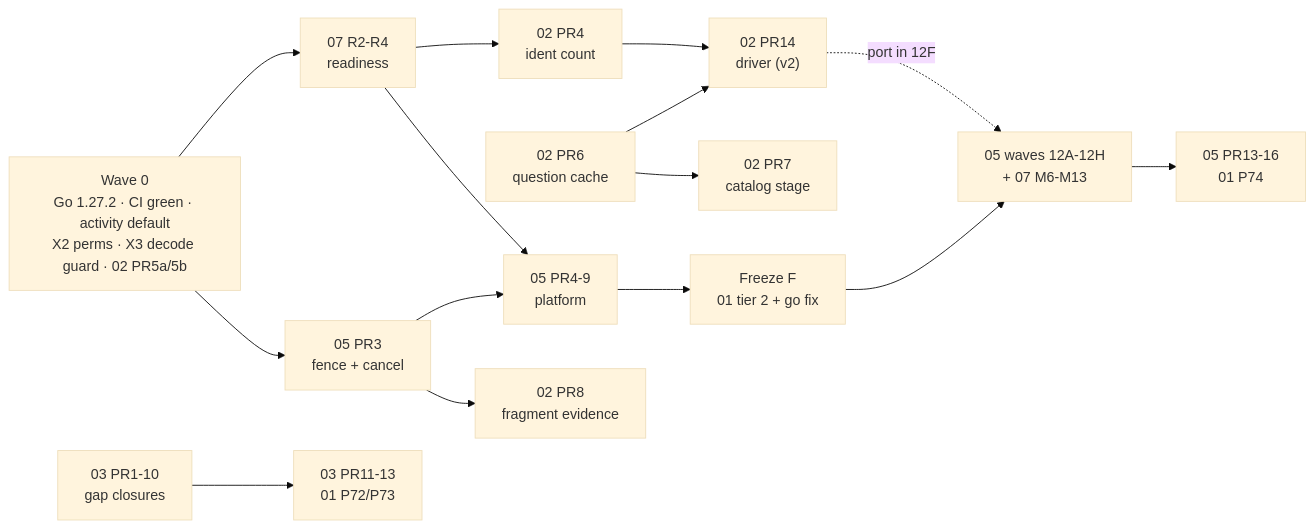
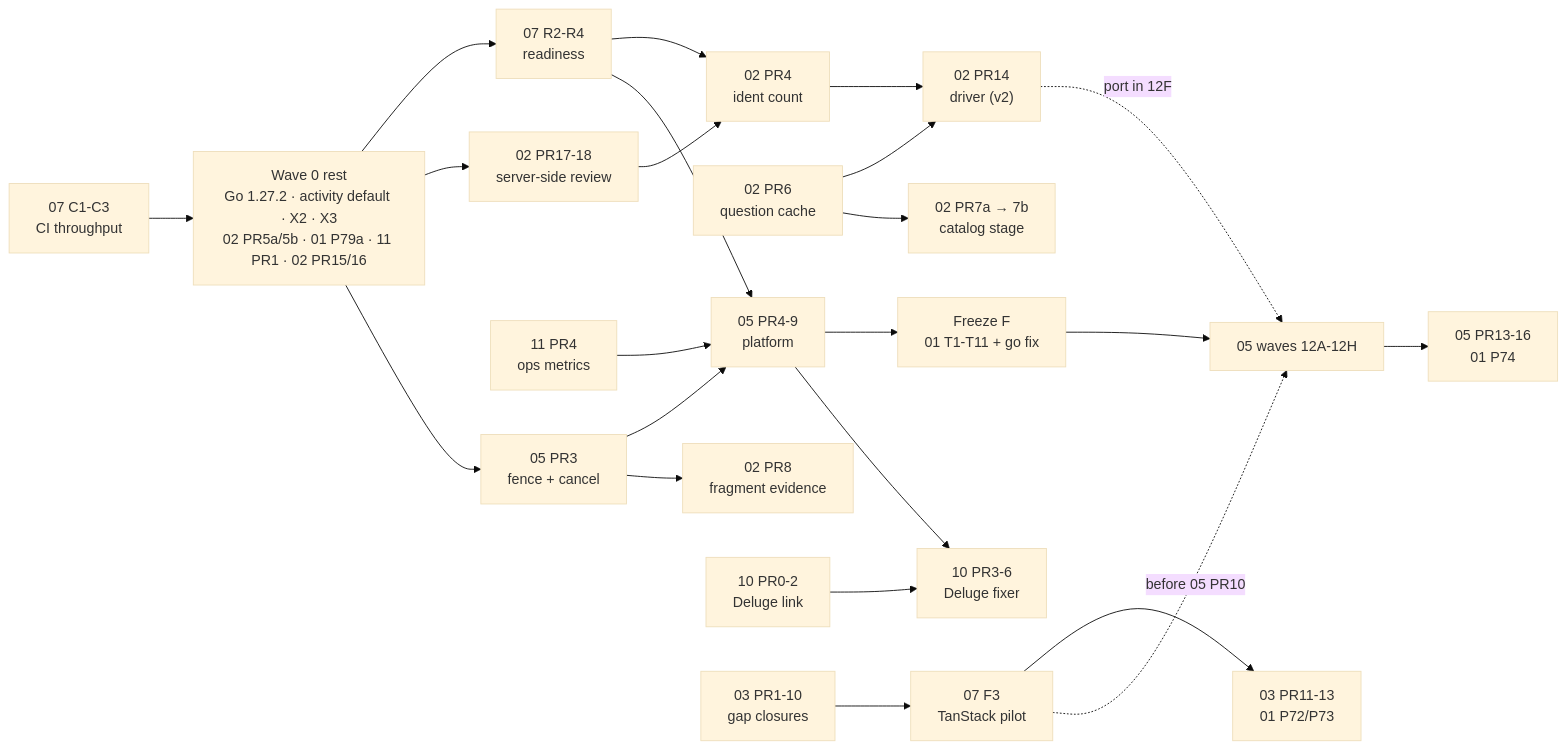
The diagram in docs/proposals/2026-10-holistic/08-integrated-roadmap.md (falkcorp/audiobook-organizer), drawn with Mermaid (base theme) before and after one commit. The commit also changed other lines of this file and 29 other files, not shown here.

First line of the commit message:
docs(proposals): round-2 review of the holistic roadmap, Deluge cleanup and metrics specs

````diff
--- a/docs/proposals/2026-10-holistic/08-integrated-roadmap.md
+++ b/docs/proposals/2026-10-holistic/08-integrated-roadmap.md
@@ -326,27 +297,39 @@
 ```mermaid
 flowchart LR
-  W0["Wave 0<br/>Go 1.27.2 · CI green · activity default<br/>X2 perms · X3 decode guard · 02 PR5a/5b"]
+  CI["07 C1-C3<br/>CI throughput"]
+  W0["Wave 0 rest<br/>Go 1.27.2 · activity default · X2 · X3<br/>02 PR5a/5b · 01 P79a · 11 PR1 · 02 PR15/16"]
   R["07 R2-R4<br/>readiness"]
   I4["02 PR4<br/>ident count"]
+  S17["02 PR17-18<br/>server-side review"]
   C6["02 PR6<br/>question cache"]
+  M4["11 PR4<br/>ops metrics"]
   P3["05 PR3<br/>fence + cancel"]
   P45["05 PR4-9<br/>platform"]
-  C7["02 PR7<br/>catalog stage"]
+  C7["02 PR7a → 7b<br/>catalog stage"]
   F8["02 PR8<br/>fragment evidence"]
   D14["02 PR14<br/>driver (v2)"]
-  FZ["Freeze F<br/>01 tier 2 + go fix"]
-  WV["05 waves 12A-12H<br/>+ 07 M6-M13"]
+  DL0["10 PR0-2<br/>Deluge link"]
+  FZ["Freeze F<br/>01 T1-T11 + go fix"]
+  WV["05 waves 12A-12H"]
+  DL3["10 PR3-6<br/>Deluge fixer"]
   RT["05 PR13-16<br/>01 P74"]
   DD["03 PR1-10<br/>gap closures"]
-  DL["03 PR11-13<br/>01 P72/P73"]
+  F3["07 F3<br/>TanStack pilot"]
+  DLT["03 PR11-13<br/>01 P72/P73"]
+  CI --> W0
   W0 --> R --> I4
+  W0 --> S17 --> I4
   W0 --> P3 --> P45
+  M4 --> P45
   I4 --> D14
   C6 --> D14
   C6 --> C7
   P3 --> F8
   R --> P45
   P45 --> FZ --> WV --> RT
-  DD --> DL
+  P45 --> DL3
+  DL0 --> DL3
+  DD --> F3 --> DLT
+  F3 -.before 05 PR10.-> WV
   D14 -.port in 12F.-> WV
 ```
````
